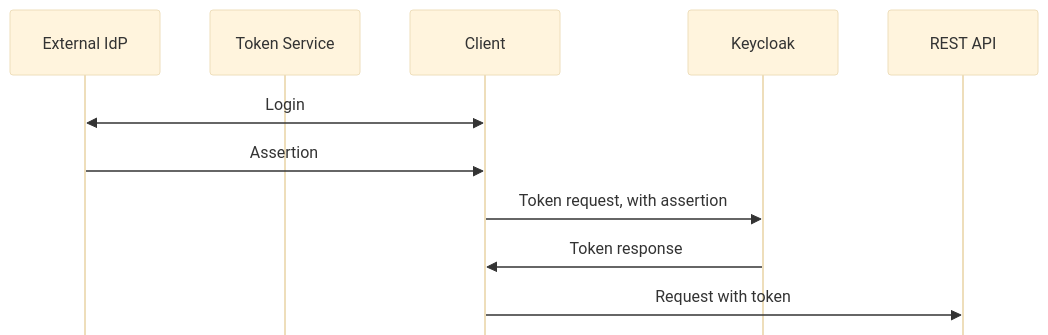
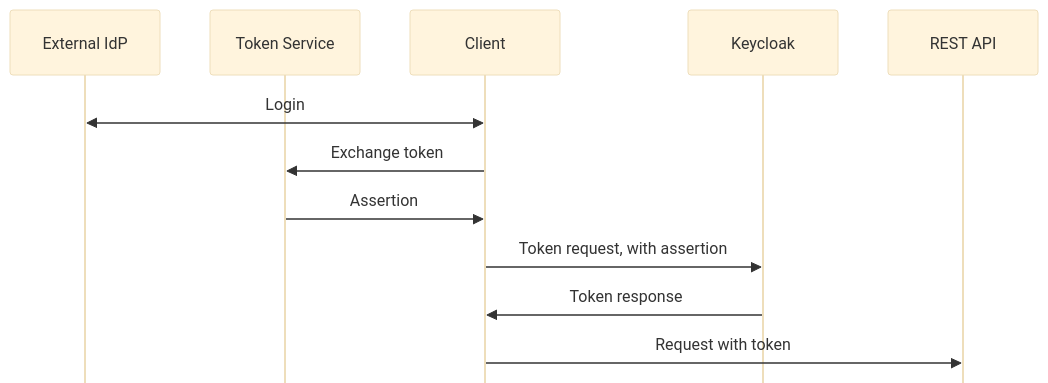
The fourth of 5 diagrams in seq/assertions.md (stianst/playground), drawn with Mermaid (base theme) before and after one commit.

````diff
--- a/seq/assertions.md
+++ b/seq/assertions.md
@@ -61,17 +61,18 @@
 ```mermaid
 ---
 config:
     mirrorActors: false
 ---
 sequenceDiagram
     participant IDPA as External IdP
     participant TS as Token Service
     participant C as Client
     participant IDPB as Keycloak
     participant RS as REST API
     C<<->>IDPA: Login
-    IDPA->>C: Assertion
+    C->>TS: Exchange token
+    TS->>C: Assertion
     C->>IDPB: Token request, with assertion
     IDPB->>C: Token response
     C->>RS: Request with token
 ```
````
